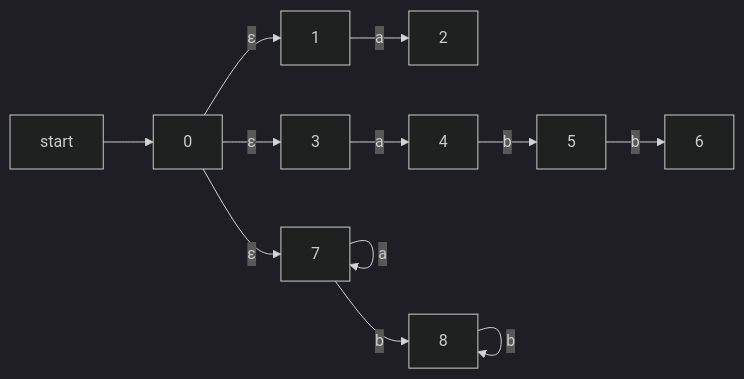
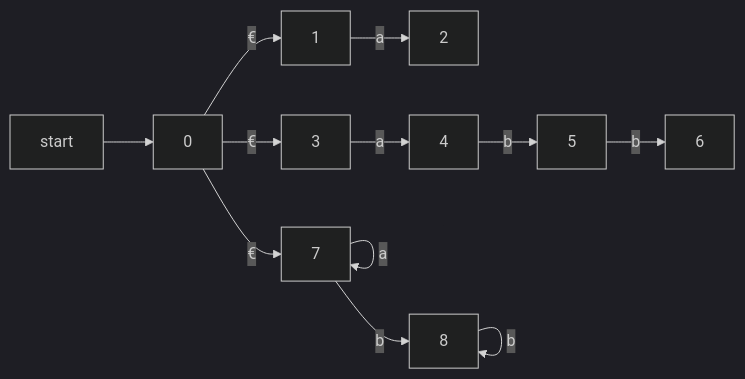
Before and after one commit to xp44mm/Notebook: diagram 15 of 16 in Compilers/Chapter 3 Lexical Analysis.md, drawn with Mermaid (dark theme). The commit also changed other lines of this file and 4 other files, not shown here.

````diff
--- a/Compilers/Chapter 3 Lexical Analysis.md
+++ b/Compilers/Chapter 3 Lexical Analysis.md
@@ -1077,14 +1077,14 @@
 ```mermaid
 graph LR
 start-->0
-0--ε-->1
+0--€-->1
 1--a-->2
-0--ε-->3
+0--€-->3
 3--a-->4
 4--b-->5
 5--b-->6
-0--ε-->7
+0--€-->7
 7--a-->7
 7--b-->8
 8--b-->8
 ```
````
